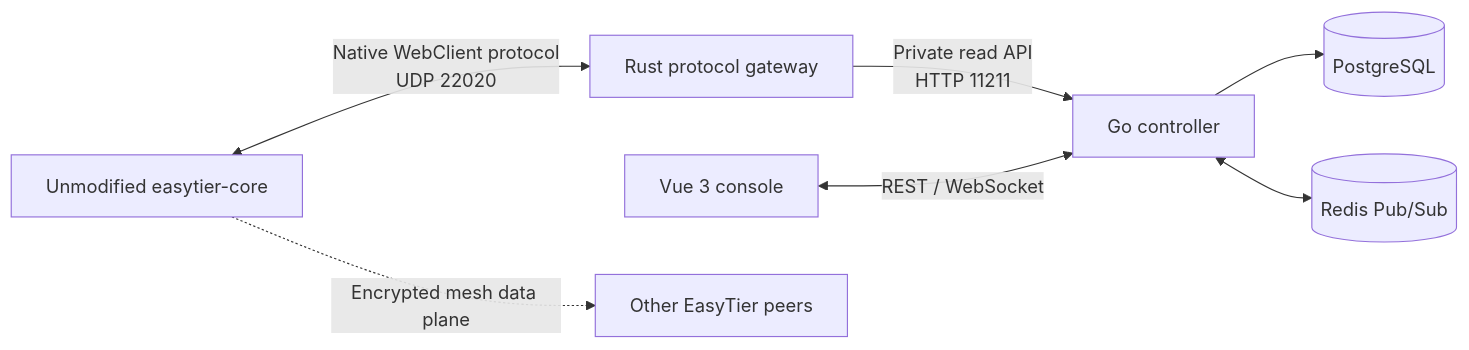
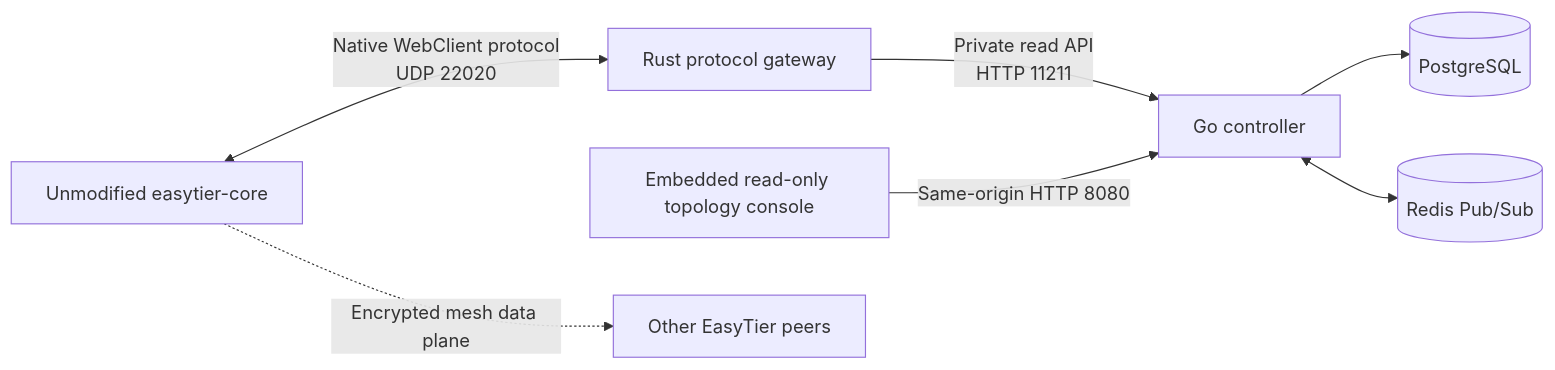
One commit to WuYouOwO/NexusTier changed the diagram in docs/AGENT_HANDOFF.md. Above: the diagram before and after it, drawn with Mermaid. The commit also changed other lines of this file and 7 other files, not shown here.

````diff
--- a/docs/AGENT_HANDOFF.md
+++ b/docs/AGENT_HANDOFF.md
@@ -50,10 +50,10 @@
 ```mermaid
 flowchart LR
     ET[Unmodified easytier-core] <-->|Native WebClient protocol<br/>UDP 22020| GW[Rust protocol gateway]
     GW -->|Private read API<br/>HTTP 11211| GO[Go controller]
     GO --> PG[(PostgreSQL)]
+    UI[Embedded read-only topology console] -->|Same-origin HTTP 8080| GO
     GO <--> REDIS[(Redis Pub/Sub)]
-    UI[Vue 3 console] <-->|REST / WebSocket| GO
 
     ET -. Encrypted mesh data plane .-> PEERS[Other EasyTier peers]
 ```
````
